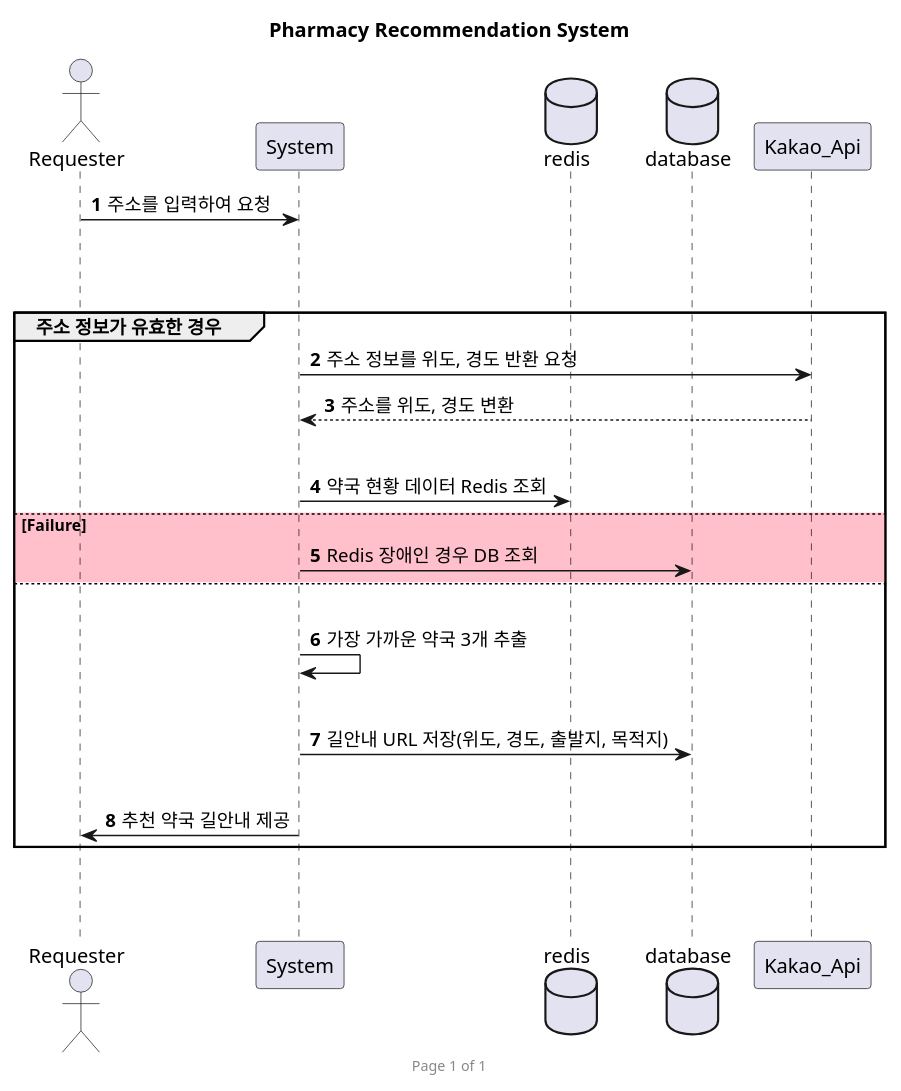
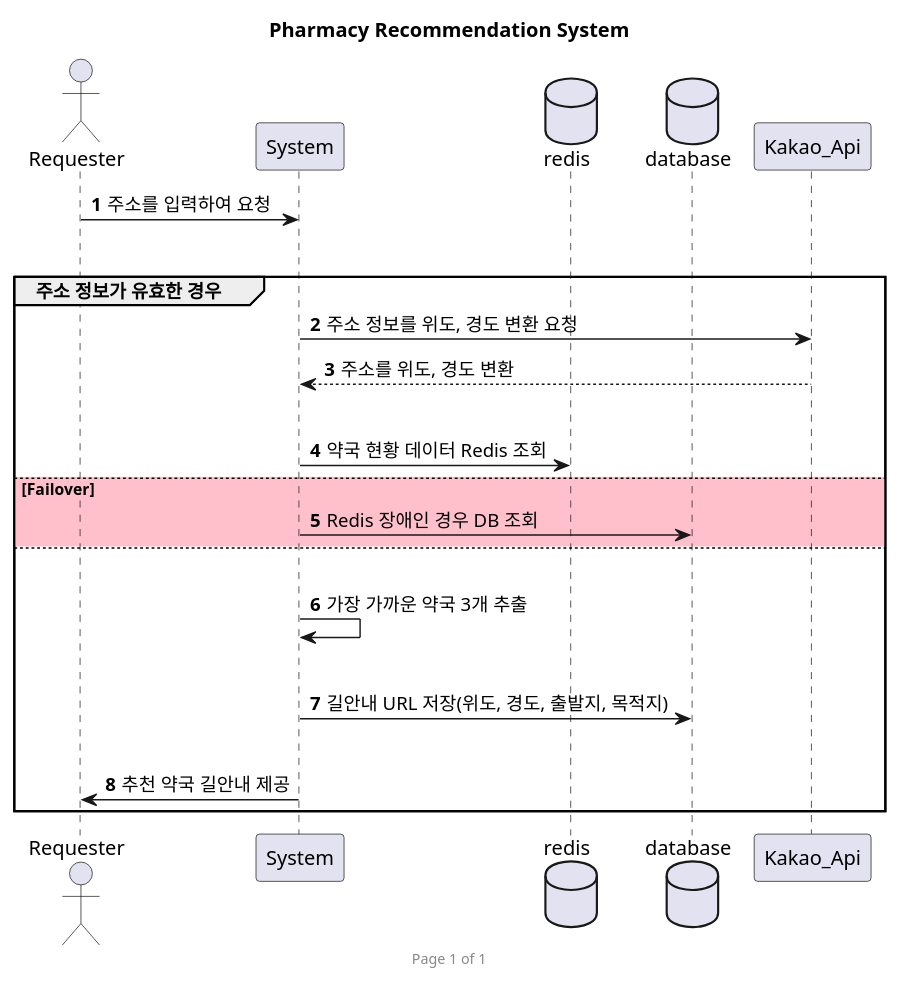
One commit to WonYong-Jang/Pharmacy-Recommendation changed the diagram in src/main/resources/static/PharmacyRecommendation.puml. Above: the diagram before and after it, drawn with PlantUML. The commit also changed 27 other files, not shown here.

Commit message:
kakao api and distance calculation algorithm

```diff
--- a/src/main/resources/static/PharmacyRecommendation.puml
+++ b/src/main/resources/static/PharmacyRecommendation.puml
@@ -1,40 +1,37 @@
 @startuml
 'https://plantuml.com/sequence-diagram
 
 autonumber
 
 actor Requester
 
 participant System
 database redis
 database database
 participant Kakao_Api
 
 title Pharmacy Recommendation System
 footer Page %page% of %lastpage%
 
 skinparam responseMessageBelowArrow true
 
 Requester -> System: 주소를 입력하여 요청
 
 |||
-|||
 group 주소 정보가 유효한 경우
-    System -> Kakao_Api: 주소 정보를 위도, 경도 반환 요청
+    System -> Kakao_Api: 주소 정보를 위도, 경도 변환 요청
     Kakao_Api --> System: 주소를 위도, 경도 변환
 |||
     System -> redis: 약국 현황 데이터 Redis 조회
-    else #Pink Failure
+    else #Pink Failover
         System -> database: Redis 장애인 경우 DB 조회
     else
 |||
     System -> System: 가장 가까운 약국 3개 추출
 |||
     System -> database: 길안내 URL 저장(위도, 경도, 출발지, 목적지)
 |||
     System -> Requester: 추천 약국 길안내 제공
 end
-|||
-|||
 
 @enduml
```
